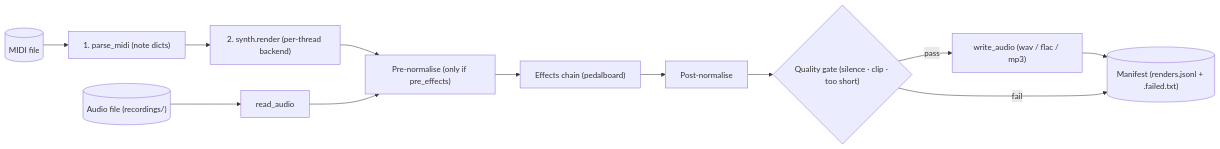
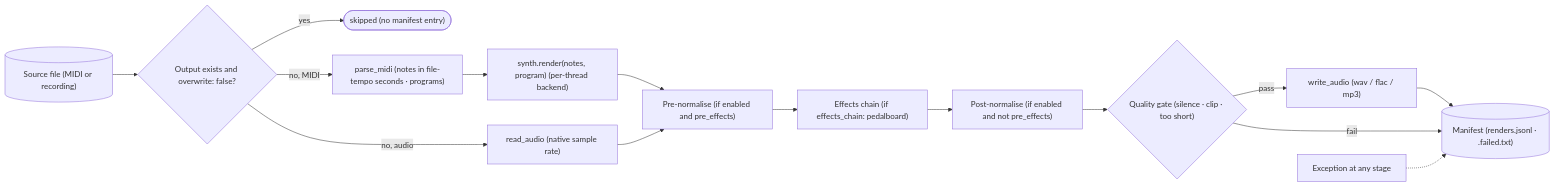
One commit to dadmaan/sonitra changed the second of 10 diagrams in ARCHITECTURE.md. Above: the diagram before and after it, drawn with Mermaid. The commit also changed other lines of this file, not shown here.

Commit message:
docs: Update ARCHITECTURE

````diff
--- a/ARCHITECTURE.md
+++ b/ARCHITECTURE.md
@@ -40,20 +42,25 @@
 ```mermaid
 flowchart LR
-    midi[("MIDI file")]
-    parse["1. parse_midi (note dicts)"]
-    synth["2. synth.render (per-thread backend)"]
-    audio_in[("Audio file (recordings/)")]
-    read["read_audio"]
-    pre["Pre-normalise (only if pre_effects)"]
-    fx["Effects chain (pedalboard)"]
-    post["Post-normalise"]
+    src[("Source file (MIDI or recording)")]
+    skip{"Output exists and overwrite: false?"}
+    skipped(["skipped (no manifest entry)"])
+    parse["parse_midi (notes in file-tempo seconds · programs)"]
+    synth["synth.render(notes, program) (per-thread backend)"]
+    read["read_audio (native sample rate)"]
+    pre["Pre-normalise (if enabled and pre_effects)"]
+    fx["Effects chain (if effects_chain: pedalboard)"]
+    post["Post-normalise (if enabled and not pre_effects)"]
     gate{"Quality gate (silence · clip · too short)"}
     write["write_audio (wav / flac / mp3)"]
-    manifest[("Manifest (renders.jsonl + .failed.txt)")]
+    manifest[("Manifest (renders.jsonl · .failed.txt)")]
+    err["Exception at any stage"]
 
-    midi --> parse --> synth --> pre
-    audio_in --> read --> pre
+    src --> skip
+    skip -- yes --> skipped
+    skip -- "no, MIDI" --> parse --> synth --> pre
+    skip -- "no, audio" --> read --> pre
     pre --> fx --> post --> gate
     gate -- pass --> write --> manifest
     gate -- fail --> manifest
+    err -.-> manifest
 ```
````
